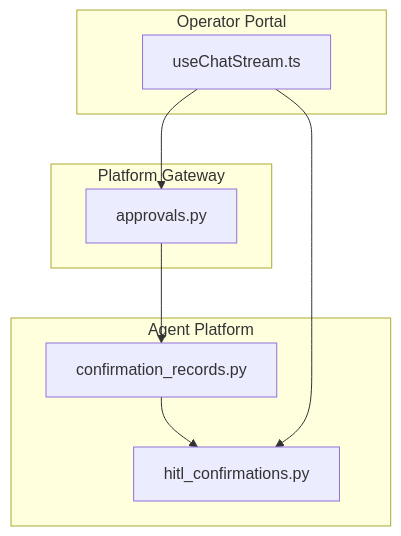
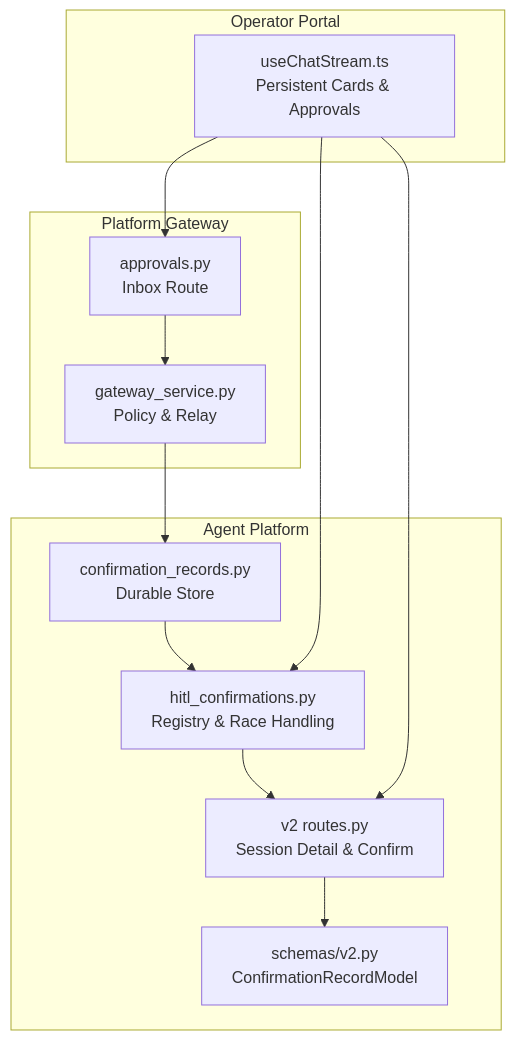
Before and after one commit to metasync/luban-aiops: the first of 7 diagrams in .qoder/repowiki/en/content/Architecture Documentation/SPEC-031_ Approval Inbox and Persistent Confirmation Cards.md, drawn with Mermaid. The commit also changed other lines of this file and 36 other files, not shown here.

````diff
--- a/.qoder/repowiki/en/content/Architecture Documentation/SPEC-031_ Approval Inbox and Persistent Confirmation Cards.md
+++ b/.qoder/repowiki/en/content/Architecture Documentation/SPEC-031_ Approval Inbox and Persistent Confirmation Cards.md
@@ -35,17 +49,24 @@
 ```mermaid
 graph TB
 subgraph "Agent Platform"
-CR["confirmation_records.py"]
-HITL["hitl_confirmations.py"]
+CR["confirmation_records.py<br/>Durable Store"]
+HITL["hitl_confirmations.py<br/>Registry & Race Handling"]
+V2["v2 routes.py<br/>Session Detail & Confirm"]
+SCHEMA["schemas/v2.py<br/>ConfirmationRecordModel"]
 end
 subgraph "Platform Gateway"
-APPR["approvals.py"]
+APPR["approvals.py<br/>Inbox Route"]
+GSVC["gateway_service.py<br/>Policy & Relay"]
 end
 subgraph "Operator Portal"
-STREAM["useChatStream.ts"]
+STREAM["useChatStream.ts<br/>Persistent Cards & Approvals"]
 end
 CR --> HITL
-APPR --> CR
+HITL --> V2
+V2 --> SCHEMA
+APPR --> GSVC
+GSVC --> CR
 STREAM --> APPR
+STREAM --> V2
 STREAM --> HITL
 ```
````
